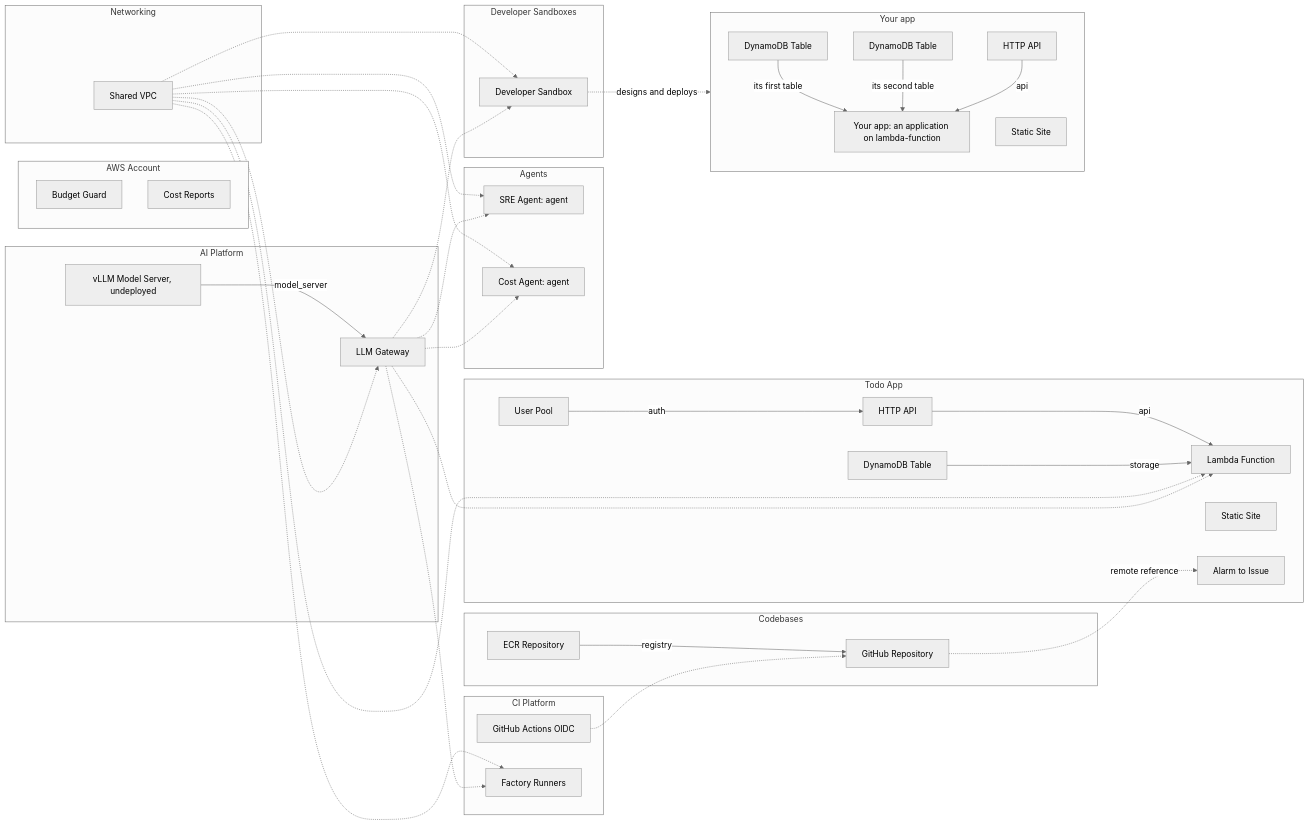
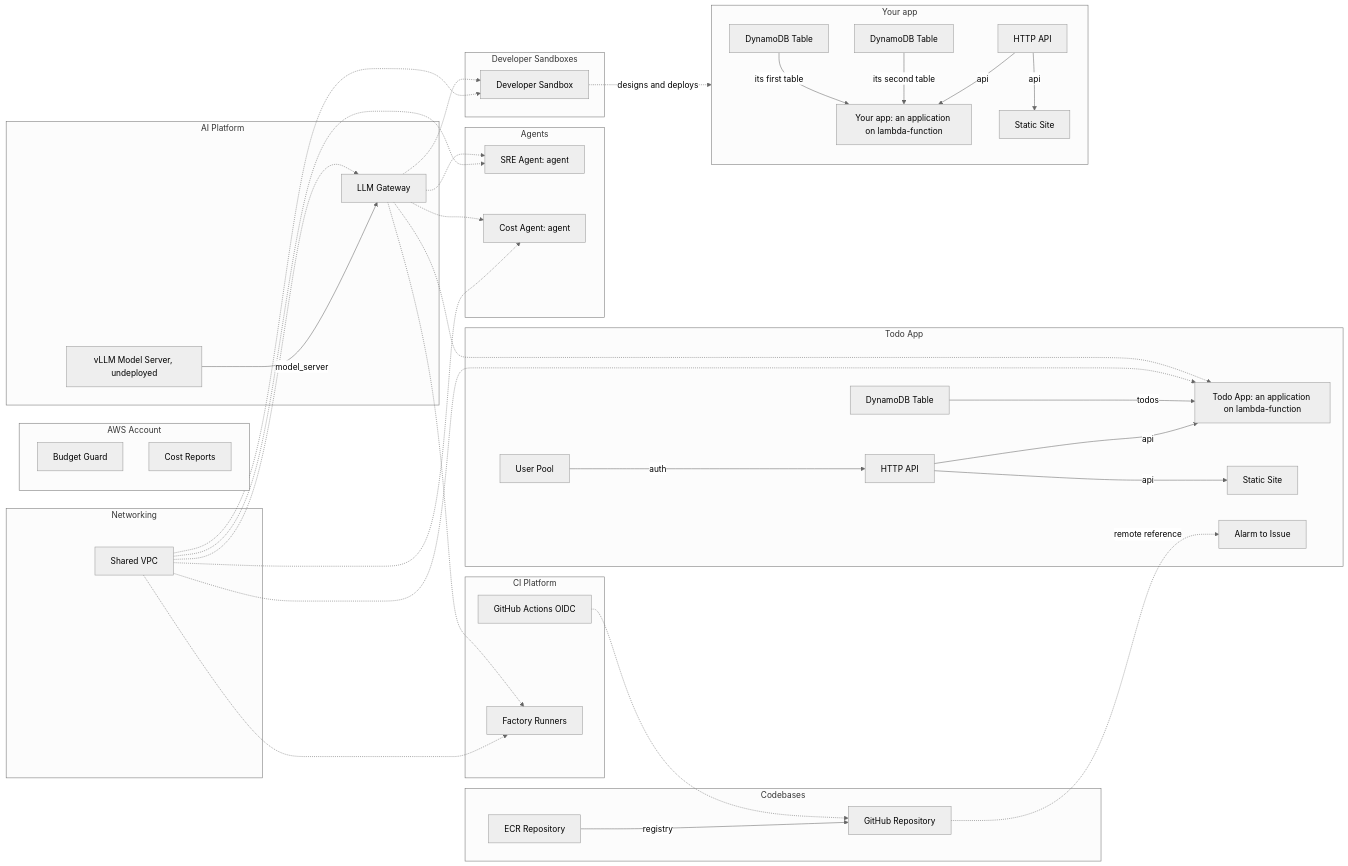
The second of 2 diagrams in WORKSHOP.md (massdriver-catalogs/aws-software-factory), drawn with Mermaid (neutral theme) before and after one commit. The commit also changed other lines of this file and 16 other files, not shown here.

First line of the commit message:
Run the todo app on the Lambda runtime and give the website its API (#5)

````diff
--- a/WORKSHOP.md
+++ b/WORKSHOP.md
@@ -60,46 +60,46 @@
 ```mermaid
 flowchart LR
   subgraph ACCT[AWS Account]
     BG[Budget Guard]
     CR[Cost Reports]
   end
   subgraph NET[Networking]
     VPC[Shared VPC]
   end
   subgraph AI[AI Platform]
     GPU["vLLM Model Server, undeployed"] -->|model_server| GW[LLM Gateway]
   end
   subgraph CI[CI Platform]
     OIDC[GitHub Actions OIDC]
     RUN[Factory Runners]
   end
   subgraph AG[Agents]
     SRE["SRE Agent: agent"]
     COST["Cost Agent: agent"]
   end
   subgraph CB[Codebases]
     ECR[ECR Repository] -->|registry| REPO[GitHub Repository]
   end
   subgraph APP[Todo App]
     USR[User Pool] -->|auth| API[HTTP API]
-    API -->|api| FN[Lambda Function]
-    TBL[DynamoDB Table] -->|storage| FN
-    WEB[Static Site]
+    API -->|api| FN["Todo App: an application on lambda-function"]
+    TBL[DynamoDB Table] -->|todos| FN
+    API -->|api| WEB[Static Site]
     A2I[Alarm to Issue]
   end
   subgraph YA[Your app]
     YT1[DynamoDB Table] -->|its first table| YAPP["Your app: an application on lambda-function"]
     YT2[DynamoDB Table] -->|its second table| YAPP
     YAPI[HTTP API] -->|api| YAPP
-    YWEB[Static Site]
+    YAPI -->|api| YWEB[Static Site]
   end
   subgraph DS[Developer Sandboxes]
     SB[Developer Sandbox]
   end
 
   VPC -.-> GW & RUN & SRE & COST & FN & SB
   GW -.-> RUN & SRE & COST & FN & SB
   OIDC -.-> REPO
   SB -.->|designs and deploys| YA
   REPO -.->|remote reference| A2I
 ```
````
